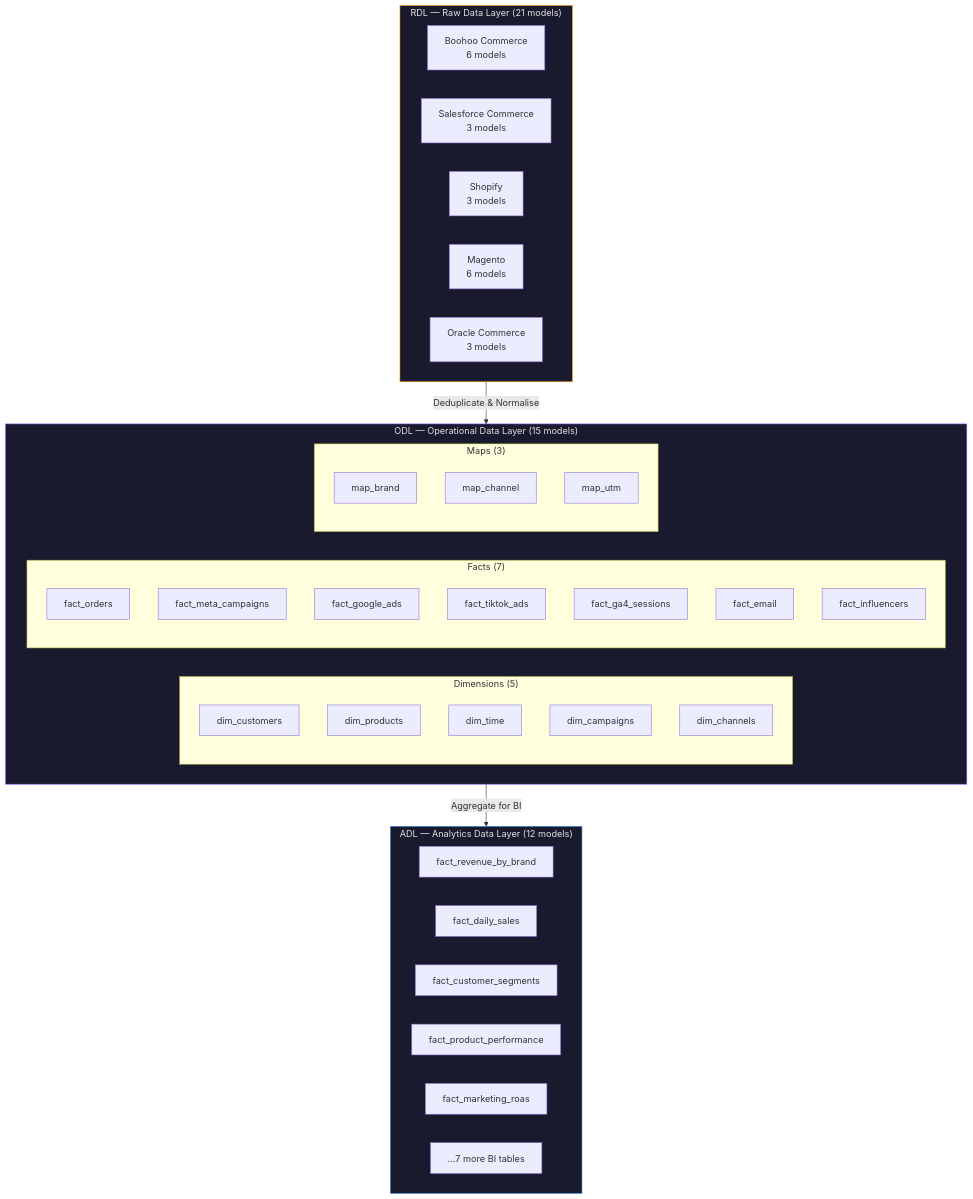
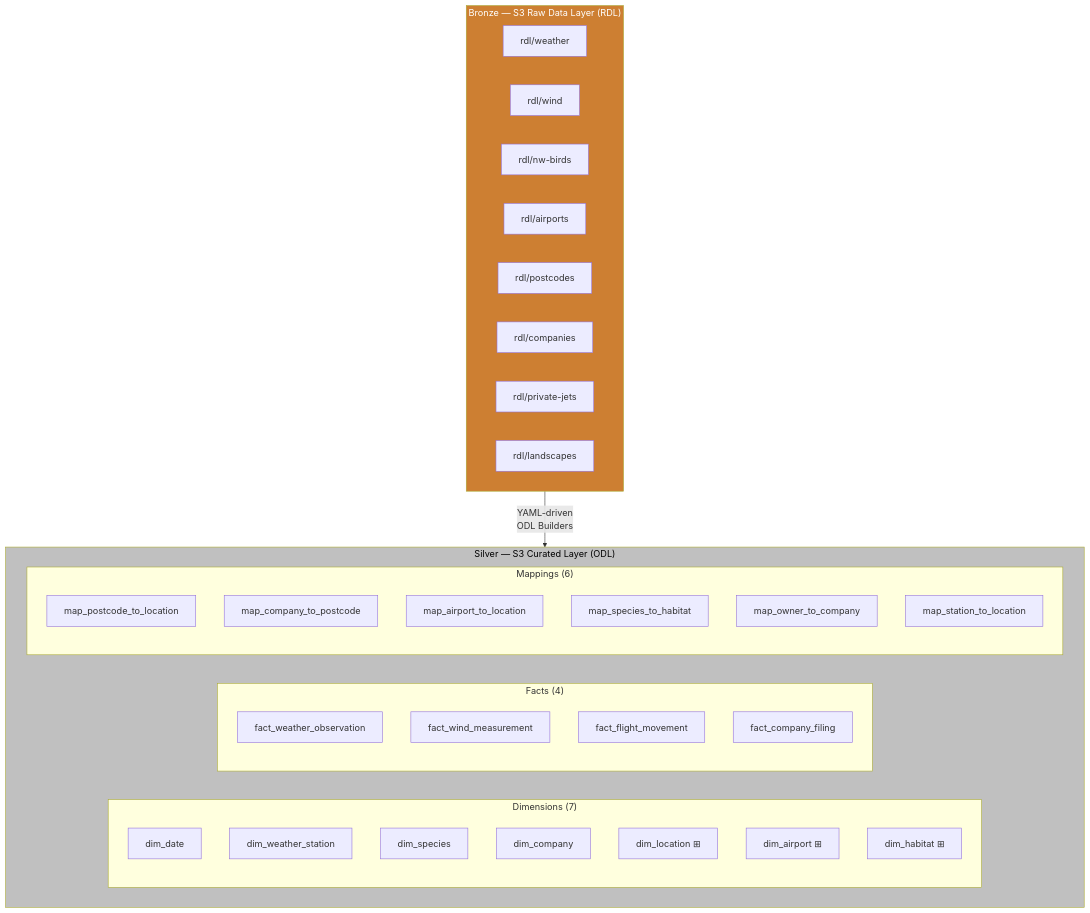
The second of 3 diagrams in README.md (TimiOlayinka/boohoo-data-pipeline), drawn with Mermaid before and after one commit. The commit also changed other lines of this file and 274 other files, not shown here.

Commit message:
DATA-31: Rename S3 buckets playdarch-* to bellosdata-* and rewrite README for BellosData Lakehouse architecture (#41)

````diff
--- a/README.md
+++ b/README.md
@@ -162,53 +178,46 @@
 ```mermaid
 flowchart TB
-    subgraph RDL["RDL — Raw Data Layer (21 models)"]
+    subgraph BRONZE["Bronze — S3 Raw Data Layer (RDL)"]
         direction LR
-        R1["Boohoo Commerce\n6 models"]
-        R2["Salesforce Commerce\n3 models"]
-        R3["Shopify\n3 models"]
-        R4["Magento\n6 models"]
-        R5["Oracle Commerce\n3 models"]
+        R1["rdl/weather"]
+        R2["rdl/wind"]
+        R3["rdl/nw-birds"]
+        R4["rdl/airports"]
+        R5["rdl/postcodes"]
+        R6["rdl/companies"]
+        R7["rdl/private-jets"]
+        R8["rdl/landscapes"]
     end
 
-    subgraph ODL["ODL — Operational Data Layer (15 models)"]
+    subgraph SILVER["Silver — S3 Curated Layer (ODL)"]
         direction LR
-        subgraph DIMS["Dimensions (5)"]
-            D1["dim_customers"]
-            D2["dim_products"]
-            D3["dim_time"]
-            D4["dim_campaigns"]
-            D5["dim_channels"]
+        subgraph DIMS["Dimensions (7)"]
+            D1["dim_date"]
+            D2["dim_weather_station"]
+            D3["dim_species"]
+            D4["dim_company"]
+            D5["dim_location ⊞"]
+            D6["dim_airport ⊞"]
+            D7["dim_habitat ⊞"]
         end
-        subgraph FACTS["Facts (7)"]
-            F1["fact_orders"]
-            F2["fact_meta_campaigns"]
-            F3["fact_google_ads"]
-            F4["fact_tiktok_ads"]
-            F5["fact_ga4_sessions"]
-            F6["fact_email"]
-            F7["fact_influencers"]
+        subgraph FACTS["Facts (4)"]
+            F1["fact_weather_observation"]
+            F2["fact_wind_measurement"]
+            F3["fact_flight_movement"]
+            F4["fact_company_filing"]
         end
-        subgraph MAPS["Maps (3)"]
-            M1["map_brand"]
-            M2["map_channel"]
-            M3["map_utm"]
+        subgraph MAPS["Mappings (6)"]
+            M1["map_postcode_to_location"]
+            M2["map_company_to_postcode"]
+            M3["map_airport_to_location"]
+            M4["map_species_to_habitat"]
+            M5["map_owner_to_company"]
+            M6["map_station_to_location"]
         end
     end
 
-    subgraph ADL["ADL — Analytics Data Layer (12 models)"]
-        direction LR
-        B1["fact_revenue_by_brand"]
-        B2["fact_daily_sales"]
-        B3["fact_customer_segments"]
-        B4["fact_product_performance"]
-        B5["fact_marketing_roas"]
-        B6["...7 more BI tables"]
-    end
+    BRONZE -->|"YAML-driven\nODL Builders"| SILVER
 
-    RDL -->|"Deduplicate & Normalise"| ODL
-    ODL -->|"Aggregate for BI"| ADL
-
-    style RDL fill:#1a1a2e,color:#e0e0e0,stroke:#FF9900
-    style ODL fill:#1a1a2e,color:#e0e0e0,stroke:#8C4FFF
-    style ADL fill:#1a1a2e,color:#e0e0e0,stroke:#4285F4
+    style BRONZE fill:#CD7F32,color:#fff
+    style SILVER fill:#C0C0C0,color:#000
 ```
````
